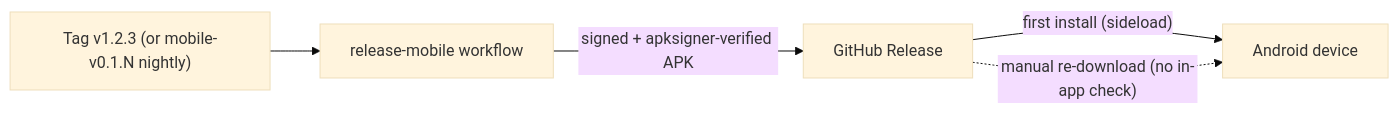
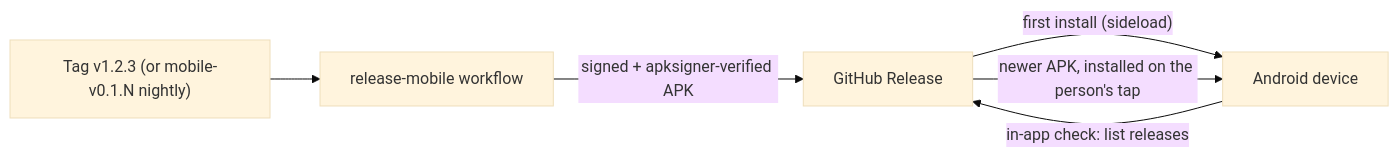
One commit to JSdotNet/Backlog changed the third of 6 diagrams in .devbook/arc42/07-deployment-view.md. Above: the diagram before and after it, drawn with Mermaid (base theme). The commit also changed other lines of this file and 2 other files, not shown here.

First line of the commit message:
docs(devbook): capture the phone's in-app update

````diff
--- a/.devbook/arc42/07-deployment-view.md
+++ b/.devbook/arc42/07-deployment-view.md
@@ -162,7 +169,8 @@
 ```mermaid
 flowchart LR
     Dev["Tag v1.2.3 (or mobile-v0.1.N nightly)"] --> CI["release-mobile workflow"]
     CI -->|"signed + apksigner-verified APK"| Release["GitHub Release"]
     Release -->|"first install (sideload)"| Device["Android device"]
-    Release -.->|"manual re-download (no in-app check)"| Device
+    Device -->|"in-app check: list releases"| Release
+    Release -->|"newer APK, installed on the person's tap"| Device
 ```
````
